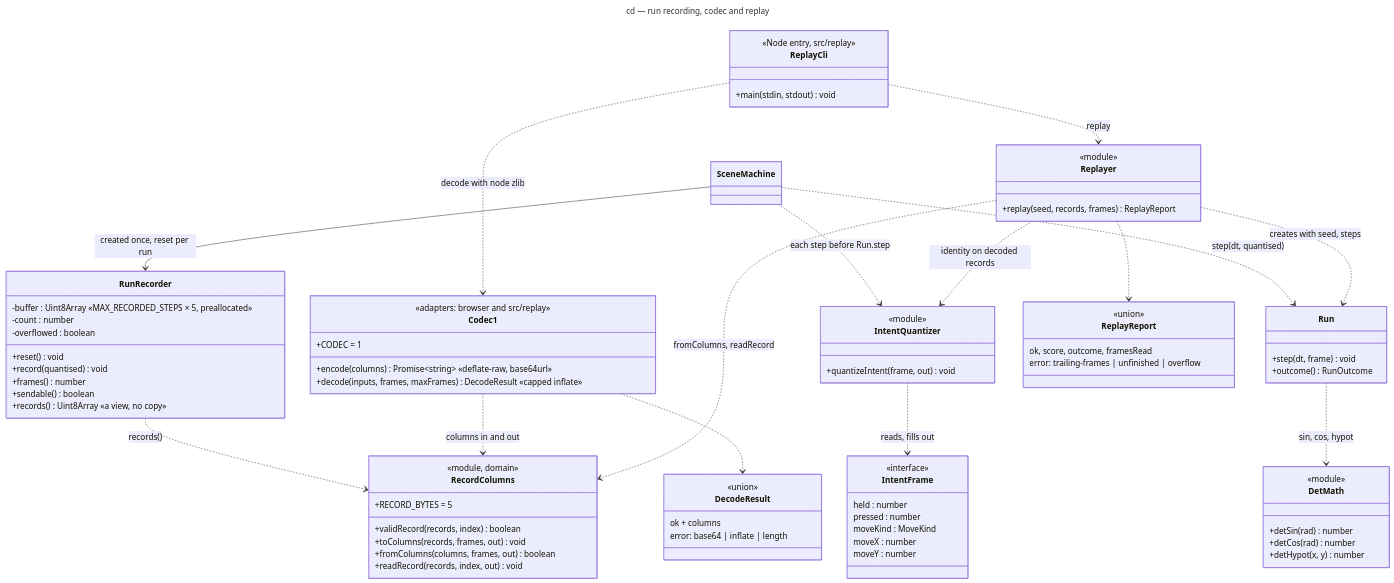
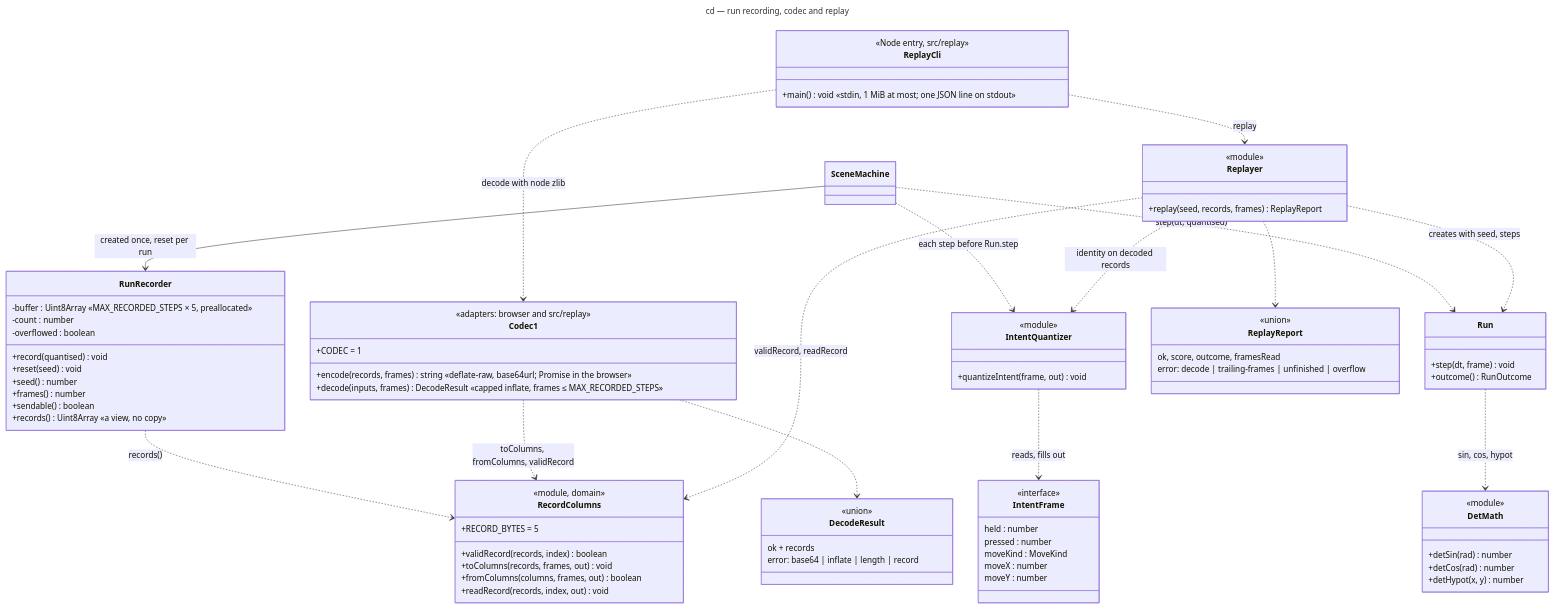
Before and after one commit to benoit-bremaud/retro-shmup: the diagram in docs/architecture/diagrams/gameplay/04-class-run-recording.md, drawn with Mermaid. The commit also changed other lines of this file and 29 other files, not shown here.

```diff
--- a/docs/architecture/diagrams/gameplay/04-class-run-recording.md
+++ b/docs/architecture/diagrams/gameplay/04-class-run-recording.md
@@ -35,8 +35,9 @@
     -buffer : Uint8Array «MAX_RECORDED_STEPS × 5, preallocated»
     -count : number
     -overflowed : boolean
-    +reset() void
     +record(quantised) void
+    +reset(seed) void
+    +seed() number
     +frames() number
     +sendable() boolean
     +records() Uint8Array «a view, no copy»
@@ -52,13 +53,13 @@
   class Codec1 {
     <<adapters: browser and src/replay>>
     +CODEC = 1
-    +encode(columns) Promise~string~ «deflate-raw, base64url»
-    +decode(inputs, frames, maxFrames) DecodeResult «capped inflate»
+    +encode(records, frames) string «deflate-raw, base64url; Promise in the browser»
+    +decode(inputs, frames) DecodeResult «capped inflate, frames ≤ MAX_RECORDED_STEPS»
   }
   class DecodeResult {
     <<union>>
-    ok + columns
-    error: base64 | inflate | length
+    ok + records
+    error: base64 | inflate | length | record
   }
   class DetMath {
     <<module>>
@@ -77,11 +78,11 @@
   class ReplayReport {
     <<union>>
     ok, score, outcome, framesRead
-    error: trailing-frames | unfinished | overflow
+    error: decode | trailing-frames | unfinished | overflow
   }
   class ReplayCli {
     <<Node entry, src/replay>>
-    +main(stdin, stdout) void
+    +main() void «stdin, 1 MiB at most; one JSON line on stdout»
   }
   class SceneMachine
 
@@ -90,9 +91,9 @@
   SceneMachine ..> Run : step(dt, quantised)
   IntentQuantizer ..> IntentFrame : reads, fills out
   RunRecorder ..> RecordColumns : records()
-  Codec1 ..> RecordColumns : columns in and out
+  Codec1 ..> RecordColumns : toColumns, fromColumns, validRecord
   Run ..> DetMath : sin, cos, hypot
-  Replayer ..> RecordColumns : fromColumns, readRecord
+  Replayer ..> RecordColumns : validRecord, readRecord
   Replayer ..> IntentQuantizer : identity on decoded records
   Replayer ..> Run : creates with seed, steps
   ReplayCli ..> Codec1 : decode with node zlib
```
